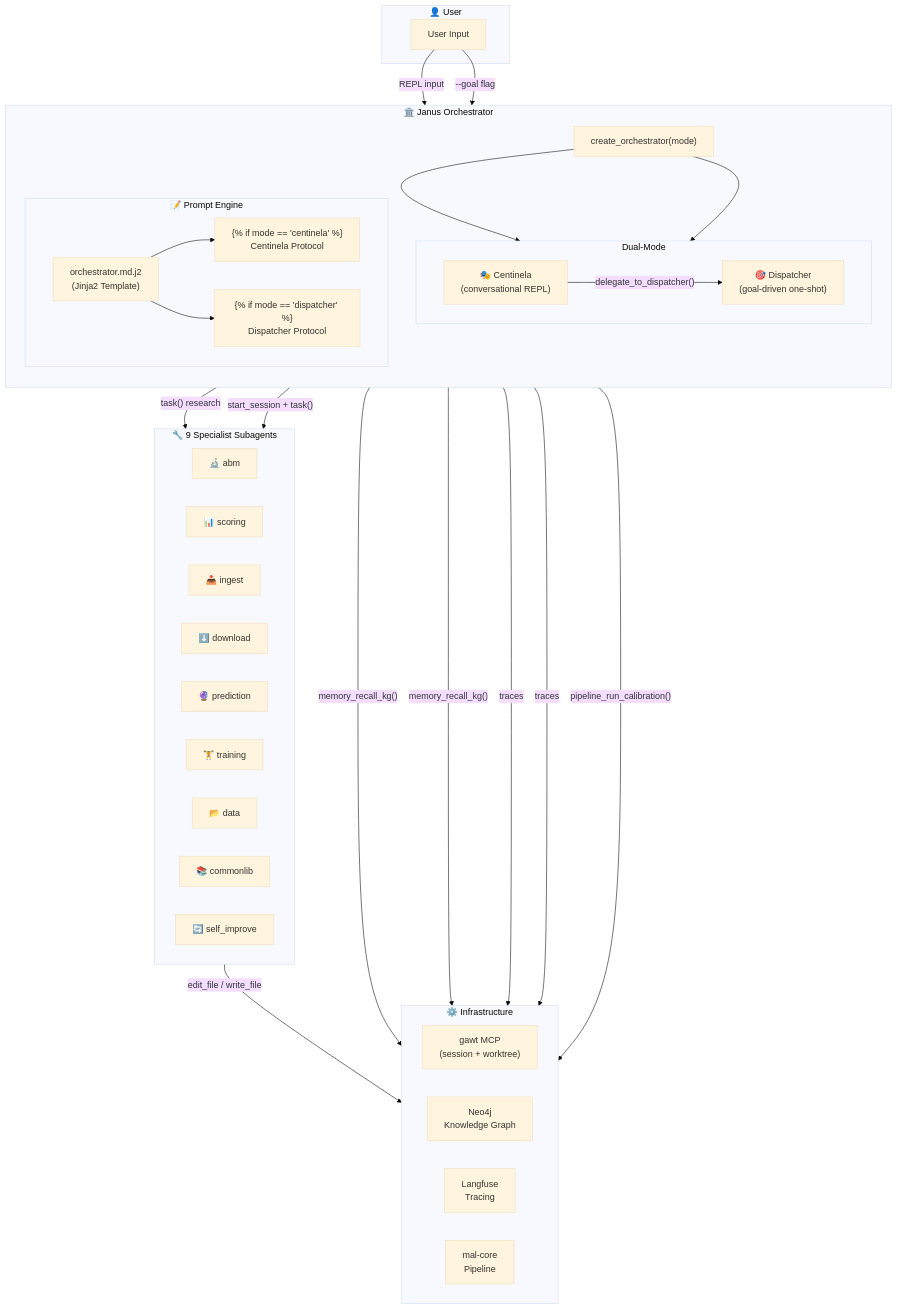
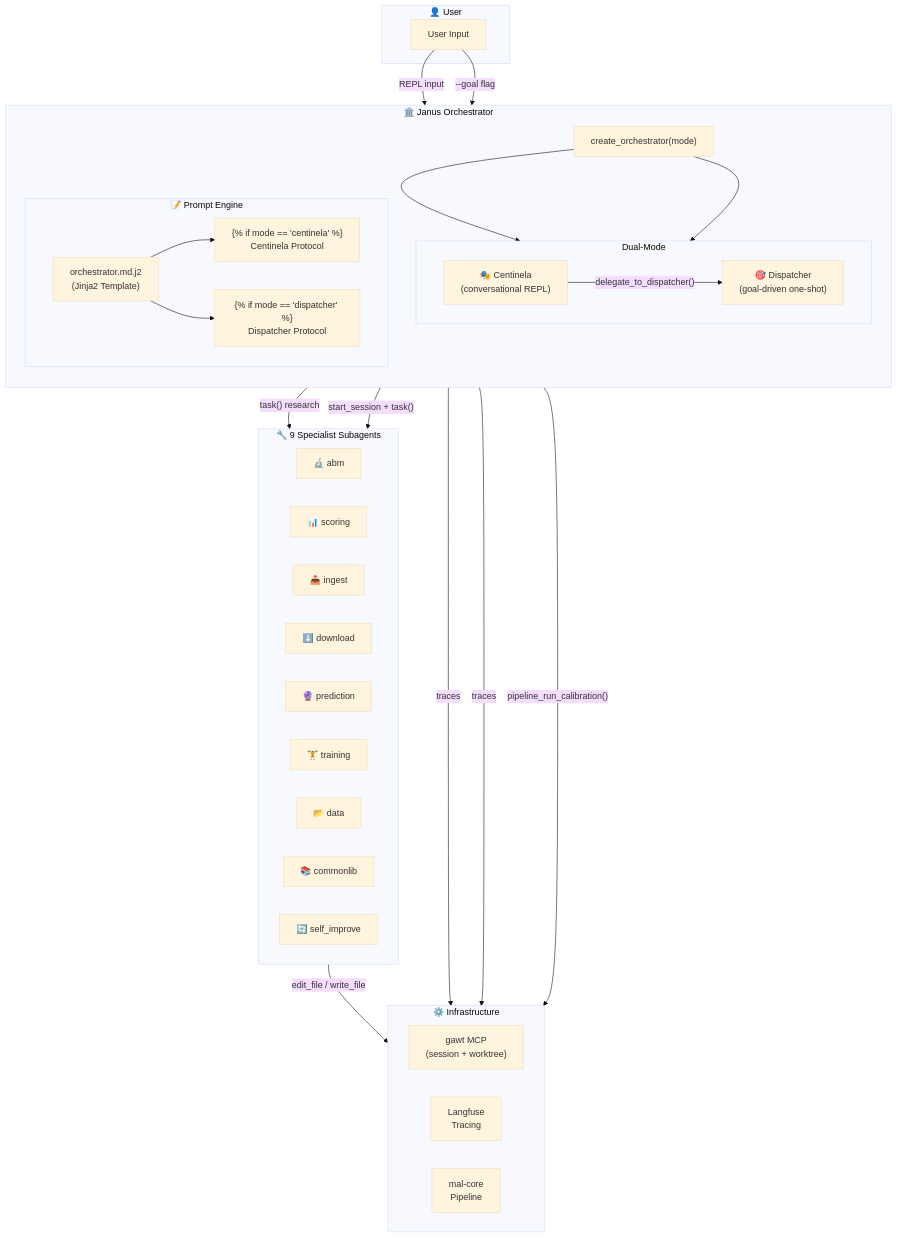
Before and after one commit to ANFAIA/MalariaSentinel: the first of 9 diagrams in docs/diagrams/janus-architecture.md, drawn with Mermaid (base theme). The commit also changed other lines of this file and 37 other files, not shown here.

First line of the commit message:
docs: drop knowledge-graph references after retiring the memory module

````diff
--- a/docs/diagrams/janus-architecture.md
+++ b/docs/diagrams/janus-architecture.md
@@ -5,60 +5,57 @@
 ```mermaid
 graph TB
     subgraph User["👤 User"]
         U["User Input"]
     end
 
     subgraph Janus["🏛️ Janus Orchestrator"]
         direction TB
         Factory["create_orchestrator(mode)"]
         
         subgraph Modes["Dual-Mode"]
             direction LR
             C["🎭 Centinela<br/>(conversational REPL)"]
             D["🎯 Dispatcher<br/>(goal-driven one-shot)"]
         end
 
         subgraph PromptTemplate["📝 Prompt Engine"]
             TPL["orchestrator.md.j2<br/>(Jinja2 Template)"]
             CSEC["{% if mode == 'centinela' %}<br/>Centinela Protocol"]
             DSEC["{% if mode == 'dispatcher' %}<br/>Dispatcher Protocol"]
         end
     end
 
     subgraph Specialists["🔧 9 Specialist Subagents"]
         direction LR
         S1["🔬 abm"]
         S2["📊 scoring"]
         S3["📥 ingest"]
         S4["⬇️ download"]
         S5["🔮 prediction"]
         S6["🏋️ training"]
         S7["📂 data"]
         S8["📚 commonlib"]
         S9["🔄 self_improve"]
     end
 
     subgraph Infrastructure["⚙️ Infrastructure"]
         direction LR
         GAWT["gawt MCP<br/>(session + worktree)"]
-        KG["Neo4j<br/>Knowledge Graph"]
         LF["Langfuse<br/>Tracing"]
         Pipeline["mal-core<br/>Pipeline"]
     end
 
     U -->|"REPL input"| C
     U -->|"--goal flag"| D
     Factory --> C
     Factory --> D
     TPL --> CSEC
     TPL --> DSEC
     C -->|"task() research"| Specialists
     C -->|"delegate_to_dispatcher()"| D
     D -->|"start_session + task()"| Specialists
     Specialists -->|"edit_file / write_file"| GAWT
-    C -->|"memory_recall_kg()"| KG
-    D -->|"memory_recall_kg()"| KG
     C -->|"traces"| LF
     D -->|"traces"| LF
     D -->|"pipeline_run_calibration()"| Pipeline
 ```
````
